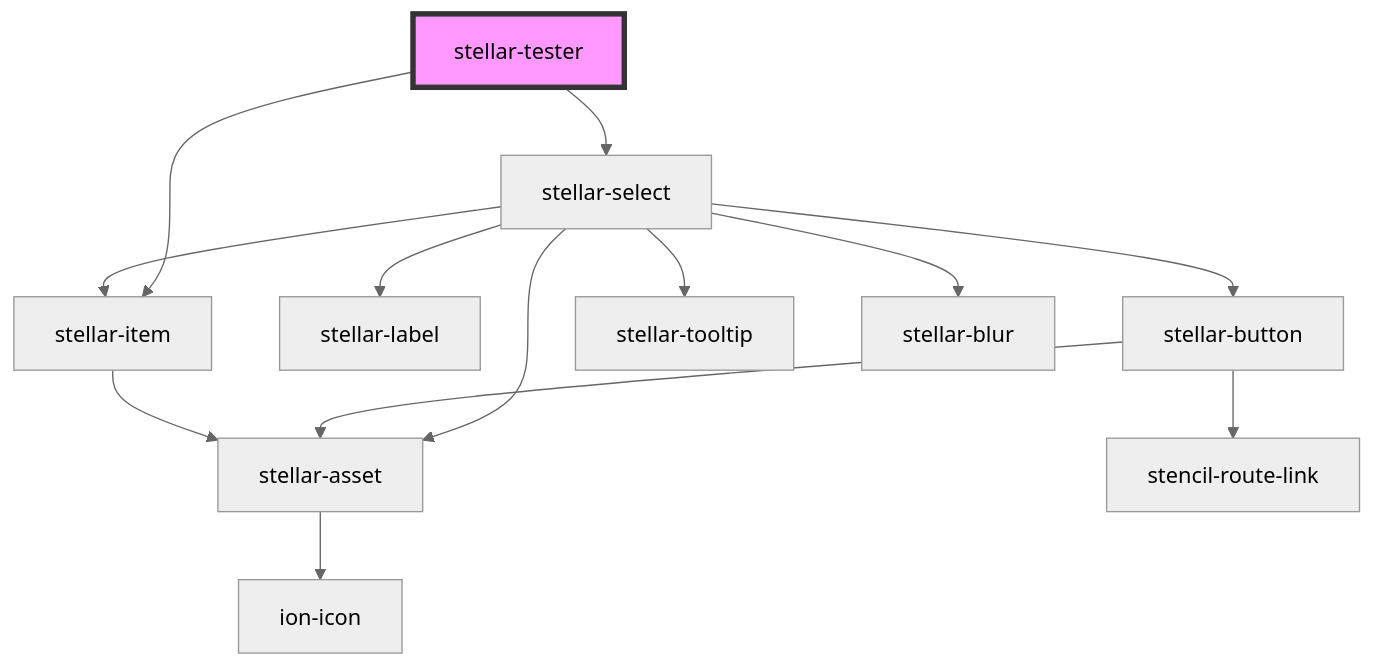
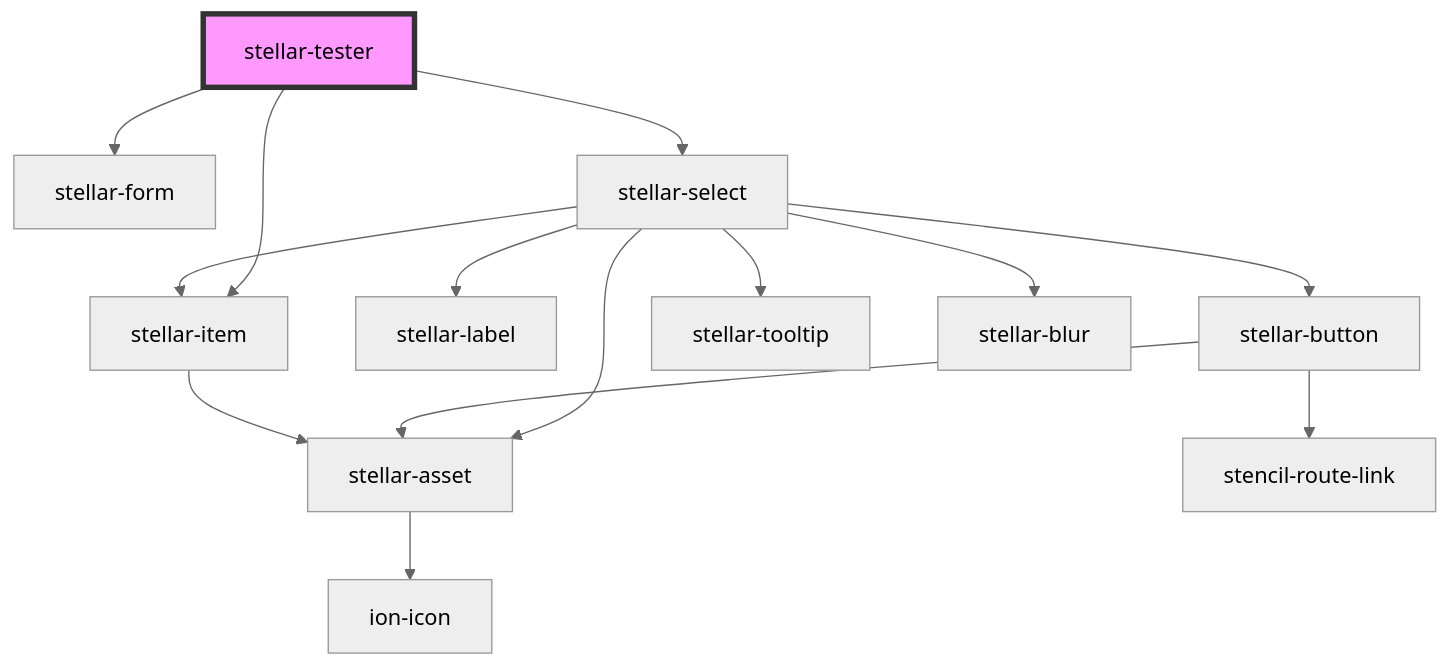
The diagram in src/components/tester/readme.md (splitinfinities/Stellar), drawn with Mermaid (neutral theme) before and after one commit. The commit also changed other lines of this file and 6 other files, not shown here.

````diff
--- a/src/components/tester/readme.md
+++ b/src/components/tester/readme.md
@@ -29,16 +30,17 @@
 ```mermaid
 graph TD;
+  stellar-tester --> stellar-form
   stellar-tester --> stellar-select
   stellar-tester --> stellar-item
   stellar-select --> stellar-label
   stellar-select --> stellar-button
   stellar-select --> stellar-asset
   stellar-select --> stellar-item
   stellar-select --> stellar-tooltip
   stellar-select --> stellar-blur
   stellar-button --> stellar-asset
   stellar-button --> stencil-route-link
   stellar-asset --> ion-icon
   stellar-item --> stellar-asset
   style stellar-tester fill:#f9f,stroke:#333,stroke-width:4px
 ```
````
